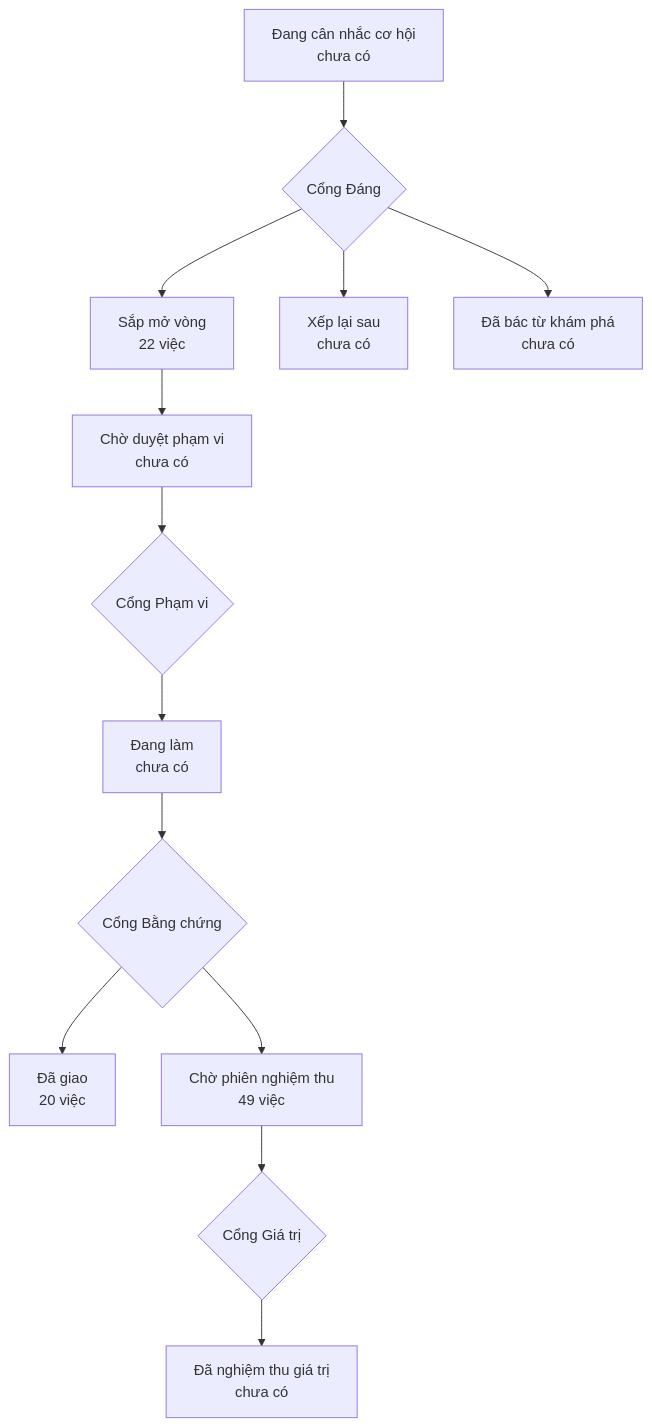
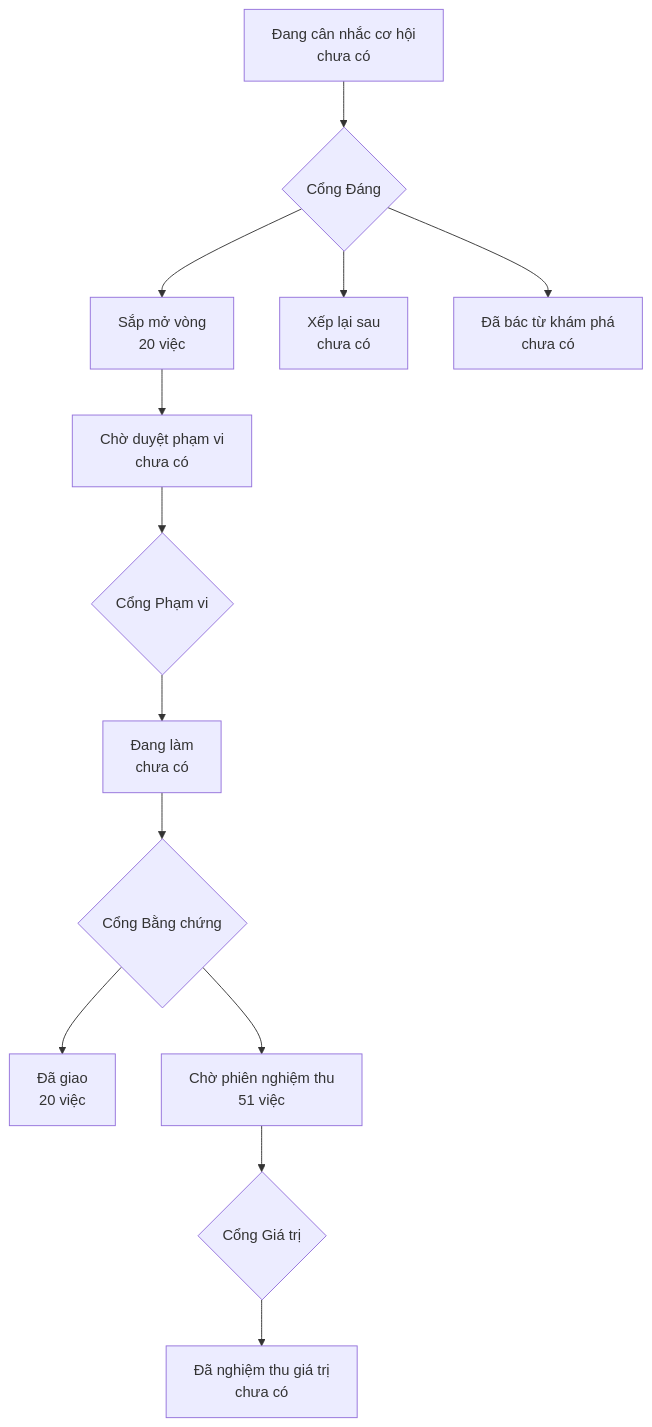
One commit to phanlemanh/onehub-quy-hang changed the diagram in PRODUCT-MAP.md. Above: the diagram before and after it, drawn with Mermaid. The commit also changed 1 other file, not shown here.

Commit message:
chore: vẽ lại bản đồ sản phẩm sau gộp nhánh chính

````diff
--- a/PRODUCT-MAP.md
+++ b/PRODUCT-MAP.md
@@ -7,12 +7,12 @@
 ```mermaid
 flowchart TD
   A["Đang cân nhắc cơ hội<br/>chưa có"] --> GD{"Cổng Đáng"}
-  GD --> B["Sắp mở vòng<br/>22 việc"]
+  GD --> B["Sắp mở vòng<br/>20 việc"]
   GD --> XL["Xếp lại sau<br/>chưa có"]
   GD --> DB["Đã bác từ khám phá<br/>chưa có"]
   B --> CD["Chờ duyệt phạm vi<br/>chưa có"] --> GP{"Cổng Phạm vi"}
   GP --> DL["Đang làm<br/>chưa có"] --> GB{"Cổng Bằng chứng"}
   GB --> DG["Đã giao<br/>20 việc"]
-  GB --> CN["Chờ phiên nghiệm thu<br/>49 việc"] --> GG{"Cổng Giá trị"}
+  GB --> CN["Chờ phiên nghiệm thu<br/>51 việc"] --> GG{"Cổng Giá trị"}
   GG --> NT["Đã nghiệm thu giá trị<br/>chưa có"]
 ```
````
